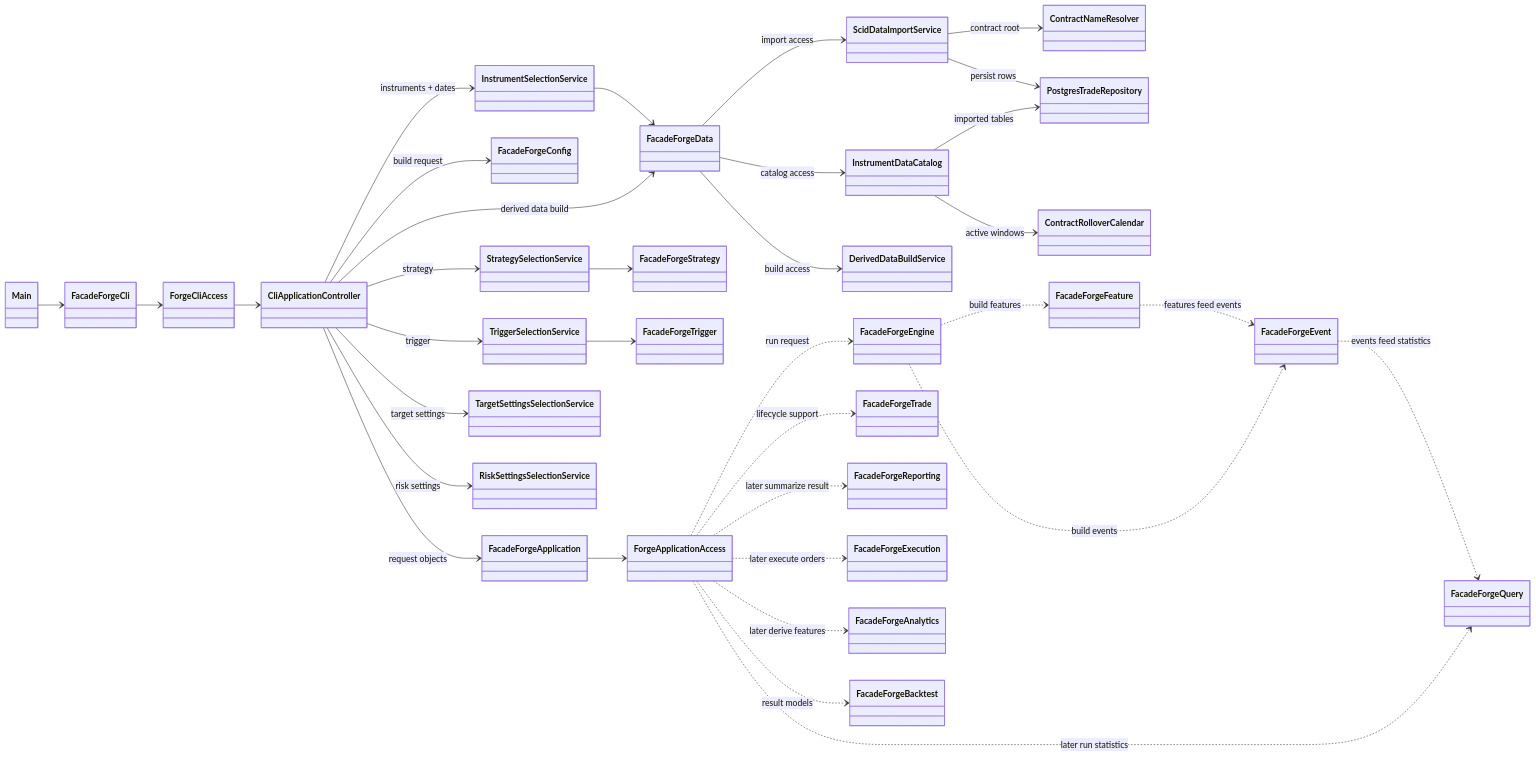
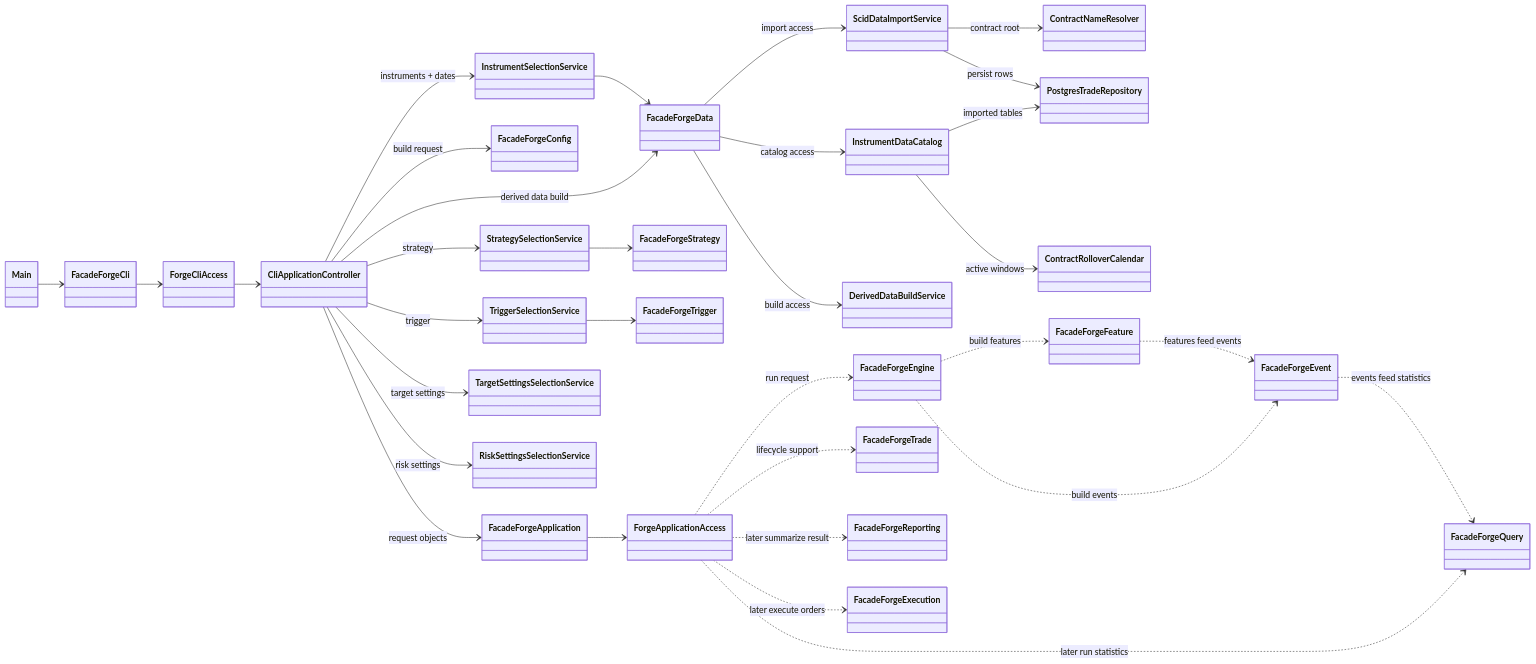
Before and after one commit to probst-paul/FORGE: the first of 21 diagrams in class-model.md, drawn with Mermaid. The commit also changed other lines of this file and 16 other files, not shown here.

````diff
--- a/class-model.md
+++ b/class-model.md
@@ -5,71 +5,67 @@
 ```mermaid
 classDiagram
     direction LR
 
     class Main
     class FacadeForgeCli
     class ForgeCliAccess
     class CliApplicationController
     class FacadeForgeApplication
     class FacadeForgeConfig
     class FacadeForgeData
     class InstrumentDataCatalog
     class ContractNameResolver
     class ScidDataImportService
     class DerivedDataBuildService
     class PostgresTradeRepository
     class ContractRolloverCalendar
     class FacadeForgeStrategy
     class FacadeForgeTrigger
     class FacadeForgeEngine
     class FacadeForgeFeature
     class FacadeForgeEvent
     class FacadeForgeQuery
     class FacadeForgeTrade
     class FacadeForgeReporting
     class FacadeForgeExecution
-    class FacadeForgeAnalytics
-    class FacadeForgeBacktest
     class ForgeApplicationAccess
     class InstrumentSelectionService
     class StrategySelectionService
     class TriggerSelectionService
     class TargetSettingsSelectionService
     class RiskSettingsSelectionService
 
     Main --> FacadeForgeCli
     FacadeForgeCli --> ForgeCliAccess
     ForgeCliAccess --> CliApplicationController
     CliApplicationController --> FacadeForgeApplication : request objects
     FacadeForgeApplication --> ForgeApplicationAccess
     CliApplicationController --> InstrumentSelectionService : instruments + dates
     CliApplicationController --> StrategySelectionService : strategy
     CliApplicationController --> RiskSettingsSelectionService : risk settings
     CliApplicationController --> TriggerSelectionService : trigger
     CliApplicationController --> TargetSettingsSelectionService : target settings
     CliApplicationController --> FacadeForgeConfig : build request
     CliApplicationController --> FacadeForgeData : derived data build
 
     InstrumentSelectionService --> FacadeForgeData
     FacadeForgeData --> InstrumentDataCatalog : catalog access
     FacadeForgeData --> ScidDataImportService : import access
     FacadeForgeData --> DerivedDataBuildService : build access
     InstrumentDataCatalog --> PostgresTradeRepository : imported tables
     InstrumentDataCatalog --> ContractRolloverCalendar : active windows
     ScidDataImportService --> ContractNameResolver : contract root
     ScidDataImportService --> PostgresTradeRepository : persist rows
     StrategySelectionService --> FacadeForgeStrategy
     TriggerSelectionService --> FacadeForgeTrigger
 
     ForgeApplicationAccess ..> FacadeForgeEngine : run request
     FacadeForgeEngine ..> FacadeForgeFeature : build features
     FacadeForgeEngine ..> FacadeForgeEvent : build events
     ForgeApplicationAccess ..> FacadeForgeQuery : later run statistics
     ForgeApplicationAccess ..> FacadeForgeTrade : lifecycle support
     ForgeApplicationAccess ..> FacadeForgeExecution : later execute orders
     ForgeApplicationAccess ..> FacadeForgeReporting : later summarize result
-    ForgeApplicationAccess ..> FacadeForgeAnalytics : later derive features
-    ForgeApplicationAccess ..> FacadeForgeBacktest : result models
     FacadeForgeFeature ..> FacadeForgeEvent : features feed events
     FacadeForgeEvent ..> FacadeForgeQuery : events feed statistics
 ```
````
